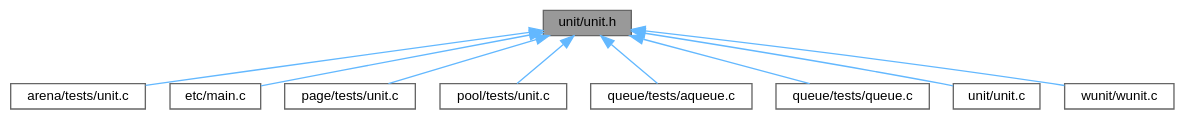
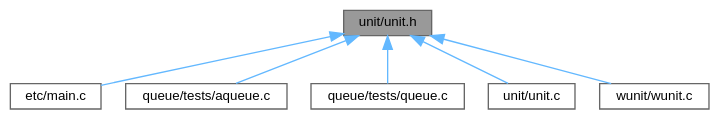
The diagram in docs/d7/d05/unit_8h__dep__incl.dot (segfreak/muda), drawn with Graphviz before and after one commit. The commit also changed 223 other files, not shown here.

```diff
--- a/docs/d7/d05/unit_8h__dep__incl.dot
+++ b/docs/d7/d05/unit_8h__dep__incl.dot
@@ -1,24 +1,18 @@
 digraph "unit/unit.h"
 {
  // LATEX_PDF_SIZE
   bgcolor="transparent";
   edge [fontname=Helvetica,fontsize=10,labelfontname=Helvetica,labelfontsize=10];
   node [fontname=Helvetica,fontsize=10,shape=box,height=0.2,width=0.4];
   Node1 [id="Node000001",label="unit/unit.h",height=0.2,width=0.4,color="gray40", fillcolor="grey60", style="filled", fontcolor="black",tooltip=" "];
   Node1 -> Node2 [id="edge1_Node000001_Node000002",dir="back",color="steelblue1",style="solid",tooltip=" "];
-  Node2 [id="Node000002",label="arena/tests/unit.c",height=0.2,width=0.4,color="grey40", fillcolor="white", style="filled",URL="$d1/d84/arena_2tests_2unit_8c.html",tooltip=" "];
+  Node2 [id="Node000002",label="etc/main.c",height=0.2,width=0.4,color="grey40", fillcolor="white", style="filled",URL="$d0/d29/main_8c.html",tooltip=" "];
   Node1 -> Node3 [id="edge2_Node000001_Node000003",dir="back",color="steelblue1",style="solid",tooltip=" "];
-  Node3 [id="Node000003",label="etc/main.c",height=0.2,width=0.4,color="grey40", fillcolor="white", style="filled",URL="$d0/d29/main_8c.html",tooltip=" "];
+  Node3 [id="Node000003",label="queue/tests/aqueue.c",height=0.2,width=0.4,color="grey40", fillcolor="white", style="filled",URL="$da/d2e/tests_2aqueue_8c.html",tooltip=" "];
   Node1 -> Node4 [id="edge3_Node000001_Node000004",dir="back",color="steelblue1",style="solid",tooltip=" "];
-  Node4 [id="Node000004",label="page/tests/unit.c",height=0.2,width=0.4,color="grey40", fillcolor="white", style="filled",URL="$d4/d0a/page_2tests_2unit_8c.html",tooltip=" "];
+  Node4 [id="Node000004",label="queue/tests/queue.c",height=0.2,width=0.4,color="grey40", fillcolor="white", style="filled",URL="$dd/d13/tests_2queue_8c.html",tooltip=" "];
   Node1 -> Node5 [id="edge4_Node000001_Node000005",dir="back",color="steelblue1",style="solid",tooltip=" "];
-  Node5 [id="Node000005",label="pool/tests/unit.c",height=0.2,width=0.4,color="grey40", fillcolor="white", style="filled",URL="$de/d12/pool_2tests_2unit_8c.html",tooltip=" "];
+  Node5 [id="Node000005",label="unit/unit.c",height=0.2,width=0.4,color="grey40", fillcolor="white", style="filled",URL="$da/d1d/unit_8c.html",tooltip=" "];
   Node1 -> Node6 [id="edge5_Node000001_Node000006",dir="back",color="steelblue1",style="solid",tooltip=" "];
-  Node6 [id="Node000006",label="queue/tests/aqueue.c",height=0.2,width=0.4,color="grey40", fillcolor="white", style="filled",URL="$da/d2e/tests_2aqueue_8c.html",tooltip=" "];
-  Node1 -> Node7 [id="edge6_Node000001_Node000007",dir="back",color="steelblue1",style="solid",tooltip=" "];
-  Node7 [id="Node000007",label="queue/tests/queue.c",height=0.2,width=0.4,color="grey40", fillcolor="white", style="filled",URL="$dd/d13/tests_2queue_8c.html",tooltip=" "];
-  Node1 -> Node8 [id="edge7_Node000001_Node000008",dir="back",color="steelblue1",style="solid",tooltip=" "];
-  Node8 [id="Node000008",label="unit/unit.c",height=0.2,width=0.4,color="grey40", fillcolor="white", style="filled",URL="$dd/d9a/unit_2unit_8c.html",tooltip=" "];
-  Node1 -> Node9 [id="edge8_Node000001_Node000009",dir="back",color="steelblue1",style="solid",tooltip=" "];
-  Node9 [id="Node000009",label="wunit/wunit.c",height=0.2,width=0.4,color="grey40", fillcolor="white", style="filled",URL="$d3/d45/wunit_8c.html",tooltip=" "];
+  Node6 [id="Node000006",label="wunit/wunit.c",height=0.2,width=0.4,color="grey40", fillcolor="white", style="filled",URL="$d3/d45/wunit_8c.html",tooltip=" "];
 }
```
